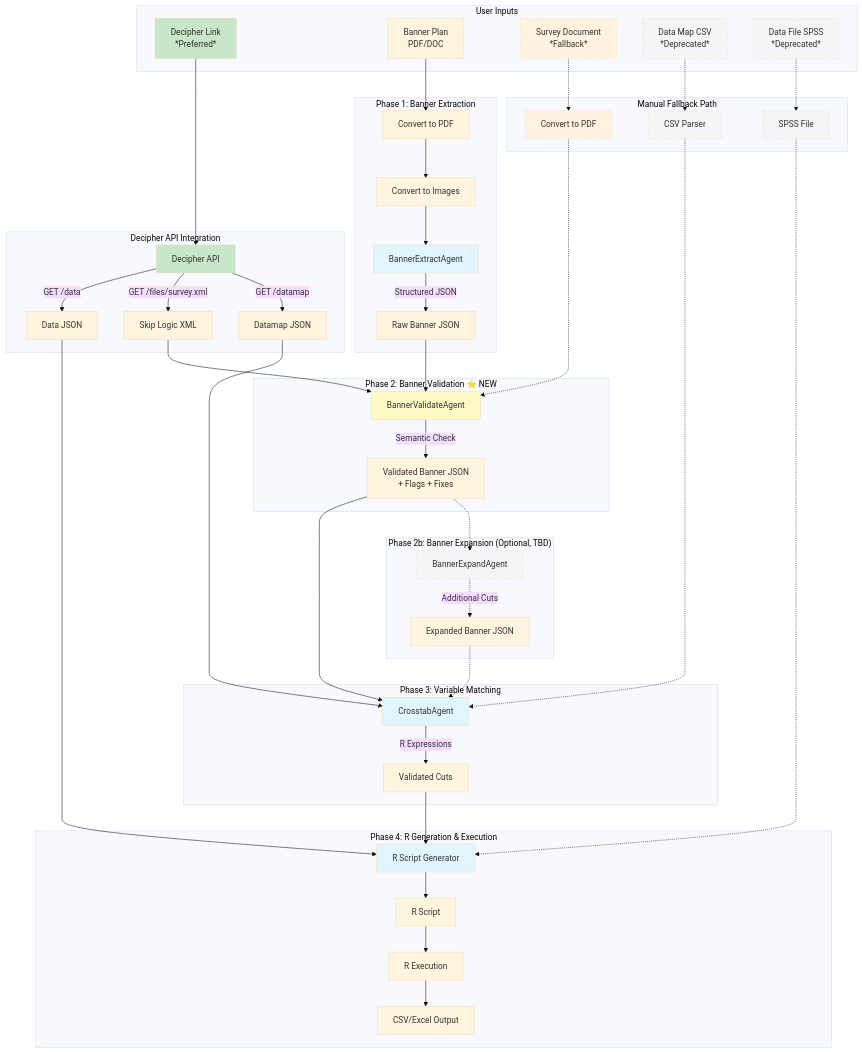
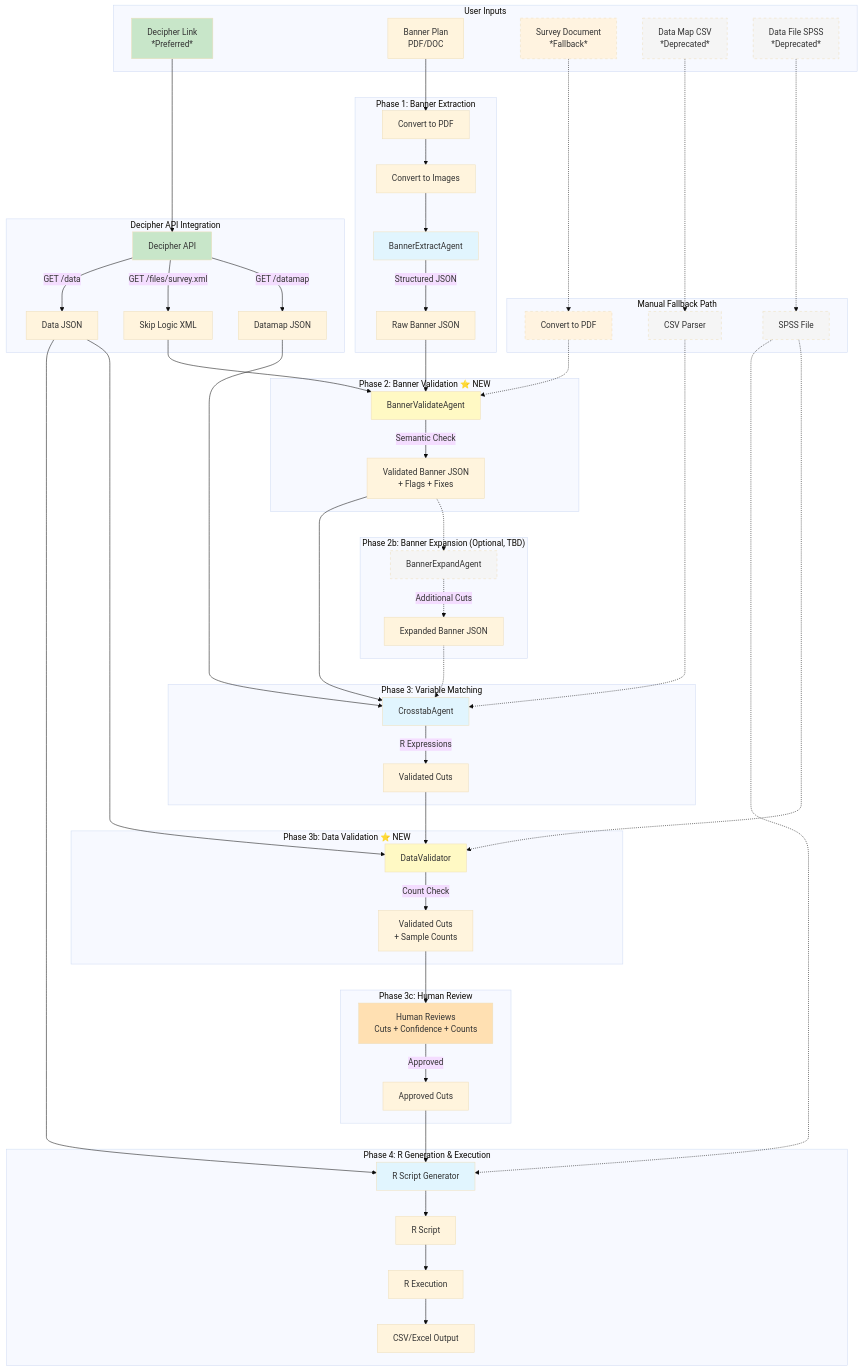
The second of 4 diagrams in docs/architecture/agent-flow-overview.md (HawkPartners/hawktab-ai), drawn with Mermaid (base theme) before and after one commit. The commit also changed other lines of this file, not shown here.

Commit message:
finalized agent-flow-overview

```diff
--- a/docs/architecture/agent-flow-overview.md
+++ b/docs/architecture/agent-flow-overview.md
@@ -149,8 +155,20 @@
         CTA --> |"R Expressions"| VCUTS[Validated Cuts]
     end
 
+    subgraph phase3b["Phase 3b: Data Validation ⭐ NEW"]
+        VCUTS --> DVA[DataValidator]
+        DJSON --> DVA
+        SPSS -.-> DVA
+        DVA --> |"Count Check"| DVAL[Validated Cuts<br/>+ Sample Counts]
+    end
+
+    subgraph phase3c["Phase 3c: Human Review"]
+        DVAL --> REVIEW[Human Reviews<br/>Cuts + Confidence + Counts]
+        REVIEW --> |"Approved"| APPROVED[Approved Cuts]
+    end
+
     subgraph phase4["Phase 4: R Generation & Execution"]
-        VCUTS --> RSG[R Script Generator]
+        APPROVED --> RSG[R Script Generator]
         DJSON --> RSG
         SPSS -.-> RSG
         RSG --> RSCRIPT[R Script]
@@ -162,6 +180,8 @@
     style BVA fill:#fff9c4
     style BXA fill:#f5f5f5,stroke-dasharray: 5 5
     style CTA fill:#e1f5fe
+    style DVA fill:#fff9c4
+    style REVIEW fill:#ffe0b2
     style RSG fill:#e1f5fe
     style LINK fill:#c8e6c9
     style DAPI fill:#c8e6c9
```
